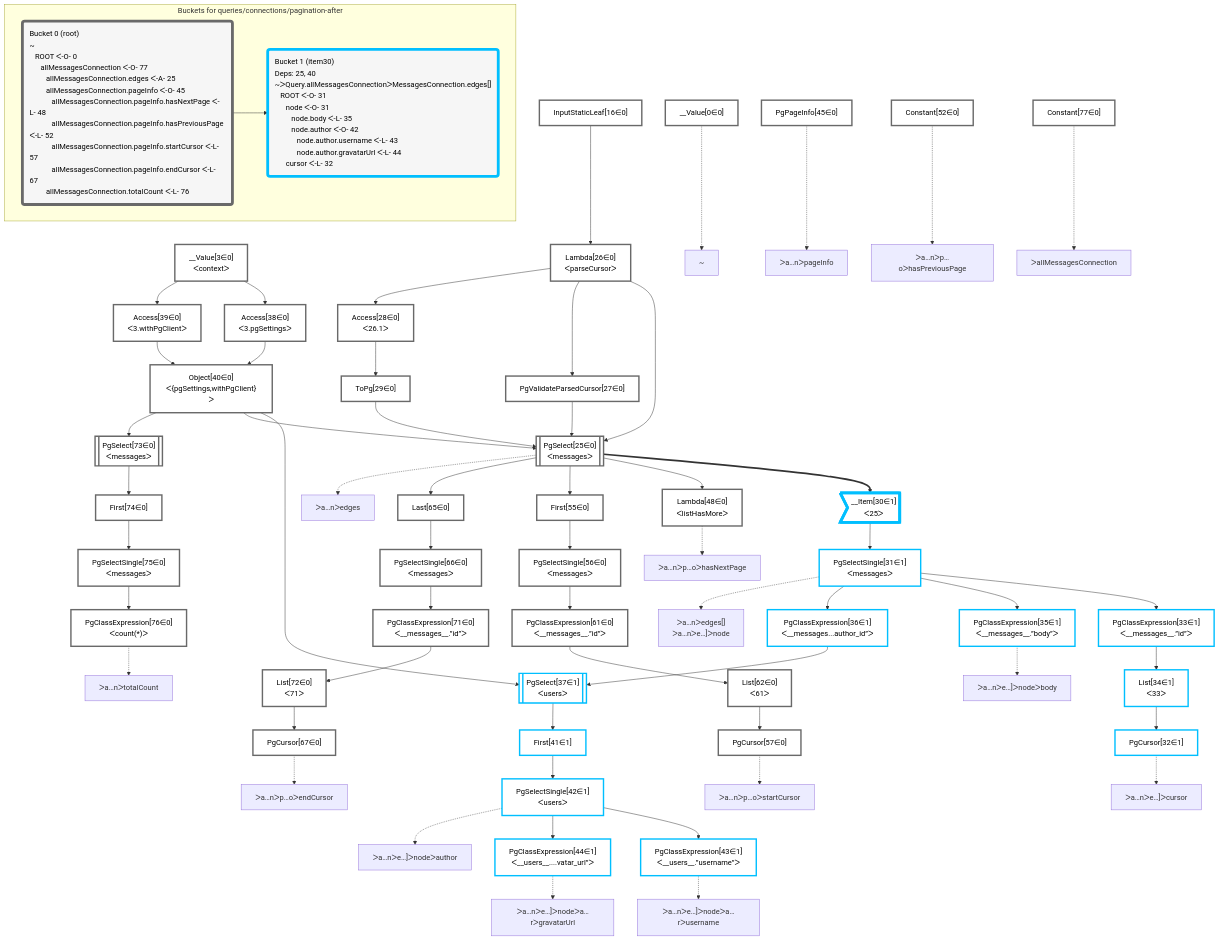
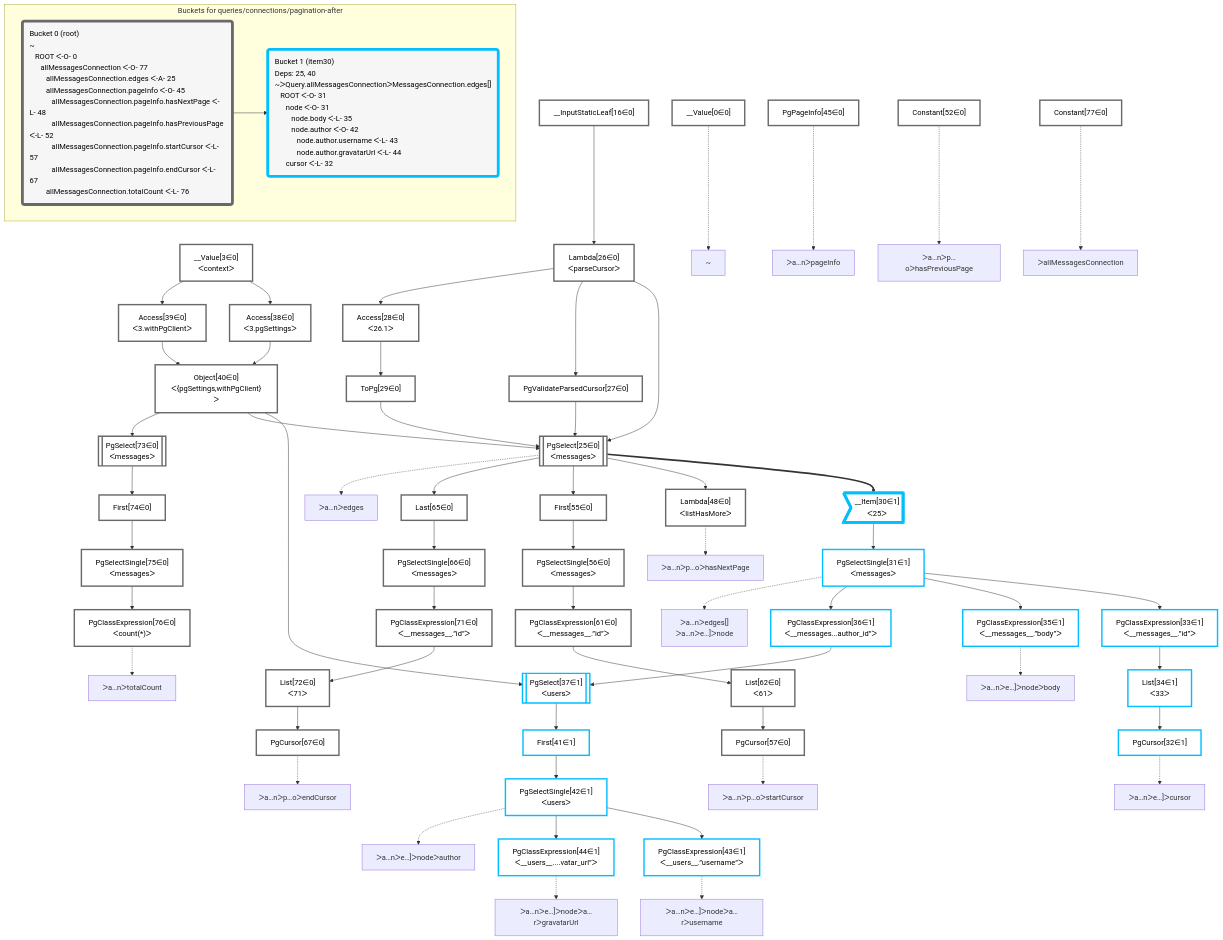
One commit to graphile/crystal changed the diagram in packages/dataplan-pg/__tests__/queries/connections/pagination-after.deopt.mermaid.md. Above: the diagram before and after it, drawn with Mermaid. The commit also changed 79 other files, not shown here.

```diff
--- a/packages/dataplan-pg/__tests__/queries/connections/pagination-after.deopt.mermaid.md
+++ b/packages/dataplan-pg/__tests__/queries/connections/pagination-after.deopt.mermaid.md
@@ -45,7 +45,7 @@
     ToPg29["ToPg[29∈0]"]:::plan
     Access28["Access[28∈0]<br />ᐸ26.1ᐳ"]:::plan
     Lambda26["Lambda[26∈0]<br />ᐸparseCursorᐳ"]:::plan
-    InputStaticLeaf16["InputStaticLeaf[16∈0]"]:::plan
+    __InputStaticLeaf16["__InputStaticLeaf[16∈0]"]:::plan
     Constant77["Constant[77∈0]"]:::plan
     PgPageInfo45["PgPageInfo[45∈0]"]:::plan
     Constant52["Constant[52∈0]"]:::plan
@@ -85,7 +85,7 @@
     Lambda26 --> PgValidateParsedCursor27
     Access28 --> ToPg29
     Lambda26 --> Access28
-    InputStaticLeaf16 --> Lambda26
+    __InputStaticLeaf16 --> Lambda26
 
     %% plan-to-path relationships
     P0["~"]
@@ -122,7 +122,7 @@
     subgraph "Buckets for queries/connections/pagination-after"
     Bucket0("Bucket 0 (root)<br />~<br />⠀ROOT ᐸ-O- 0<br />⠀⠀allMessagesConnection ᐸ-O- 77<br />⠀⠀⠀allMessagesConnection.edges ᐸ-A- 25<br />⠀⠀⠀allMessagesConnection.pageInfo ᐸ-O- 45<br />⠀⠀⠀⠀allMessagesConnection.pageInfo.hasNextPage ᐸ-L- 48<br />⠀⠀⠀⠀allMessagesConnection.pageInfo.hasPreviousPage ᐸ-L- 52<br />⠀⠀⠀⠀allMessagesConnection.pageInfo.startCursor ᐸ-L- 57<br />⠀⠀⠀⠀allMessagesConnection.pageInfo.endCursor ᐸ-L- 67<br />⠀⠀⠀allMessagesConnection.totalCount ᐸ-L- 76"):::bucket
     classDef bucket0 stroke:#696969
-    class Bucket0,__Value0,__Value3,InputStaticLeaf16,PgSelect25,Lambda26,PgValidateParsedCursor27,Access28,ToPg29,Access38,Access39,Object40,PgPageInfo45,Lambda48,Constant52,First55,PgSelectSingle56,PgCursor57,PgClassExpression61,List62,Last65,PgSelectSingle66,PgCursor67,PgClassExpression71,List72,PgSelect73,First74,PgSelectSingle75,PgClassExpression76,Constant77 bucket0
+    class Bucket0,__Value0,__Value3,__InputStaticLeaf16,PgSelect25,Lambda26,PgValidateParsedCursor27,Access28,ToPg29,Access38,Access39,Object40,PgPageInfo45,Lambda48,Constant52,First55,PgSelectSingle56,PgCursor57,PgClassExpression61,List62,Last65,PgSelectSingle66,PgCursor67,PgClassExpression71,List72,PgSelect73,First74,PgSelectSingle75,PgClassExpression76,Constant77 bucket0
     Bucket1("Bucket 1 (item30)<br />Deps: 25, 40<br />~ᐳQuery.allMessagesConnectionᐳMessagesConnection.edges[]<br />⠀ROOT ᐸ-O- 31<br />⠀⠀node ᐸ-O- 31<br />⠀⠀⠀node.body ᐸ-L- 35<br />⠀⠀⠀node.author ᐸ-O- 42<br />⠀⠀⠀⠀node.author.username ᐸ-L- 43<br />⠀⠀⠀⠀node.author.gravatarUrl ᐸ-L- 44<br />⠀⠀cursor ᐸ-L- 32"):::bucket
     classDef bucket1 stroke:#00bfff
     class Bucket1,__Item30,PgSelectSingle31,PgCursor32,PgClassExpression33,List34,PgClassExpression35,PgClassExpression36,PgSelect37,First41,PgSelectSingle42,PgClassExpression43,PgClassExpression44 bucket1
```
